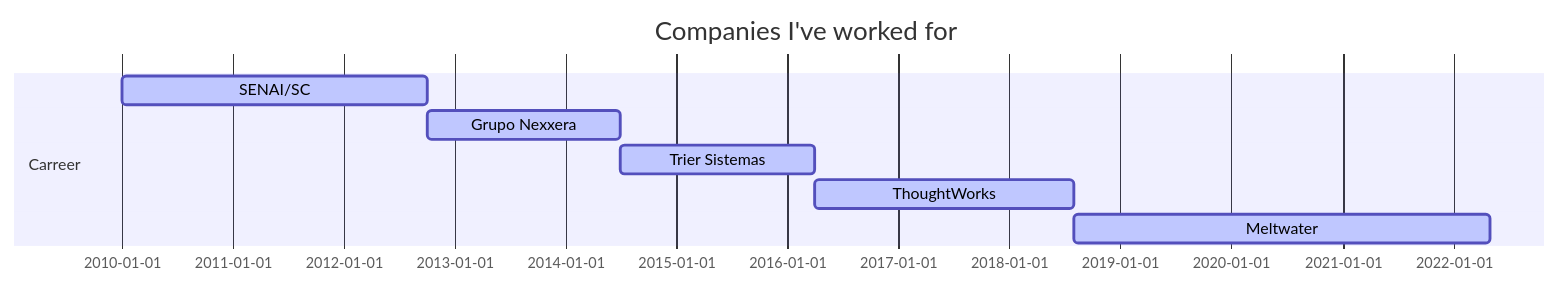
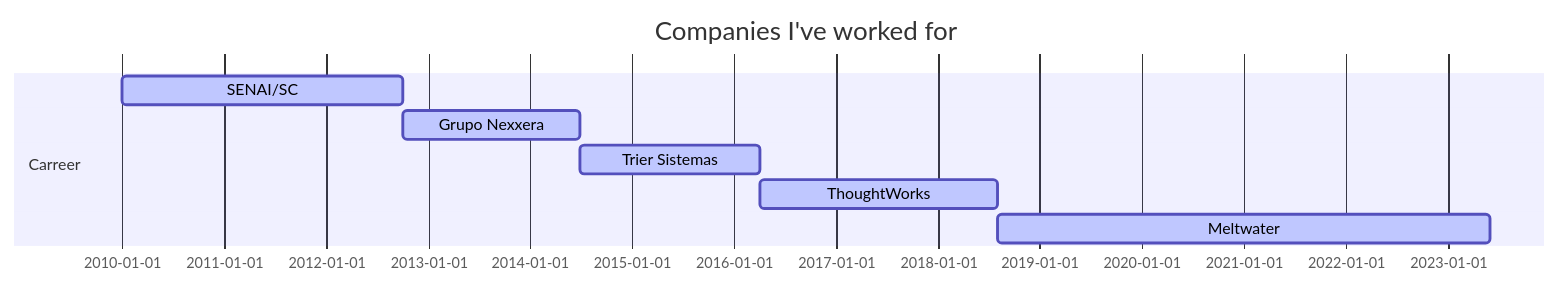
One commit to henriquelbsouza/henriquelbsouza changed the diagram in README.md. Above: the diagram before and after it, drawn with Mermaid.

````diff
--- a/README.md
+++ b/README.md
@@ -29,14 +29,14 @@
 ```mermaid
 
 gantt
 dateFormat  YYYY-MM-DD
 todayMarker off
 title Companies I've worked for
 
 section Carreer
 SENAI/SC           :active,, 2010-01-01,2012-10-01
 Grupo Nexxera                    :active,, 2012-10-01,2014-07-01
 Trier Sistemas                         :active,, 2014-07-01,2016-04-01
 ThoughtWorks               :active,, 2016-04-01,2018-08-01
-Meltwater                           :active,, 2018-08-01,2022-05-01
+Meltwater                           :active,, 2018-08-01,2023-06-01
 ```
````
